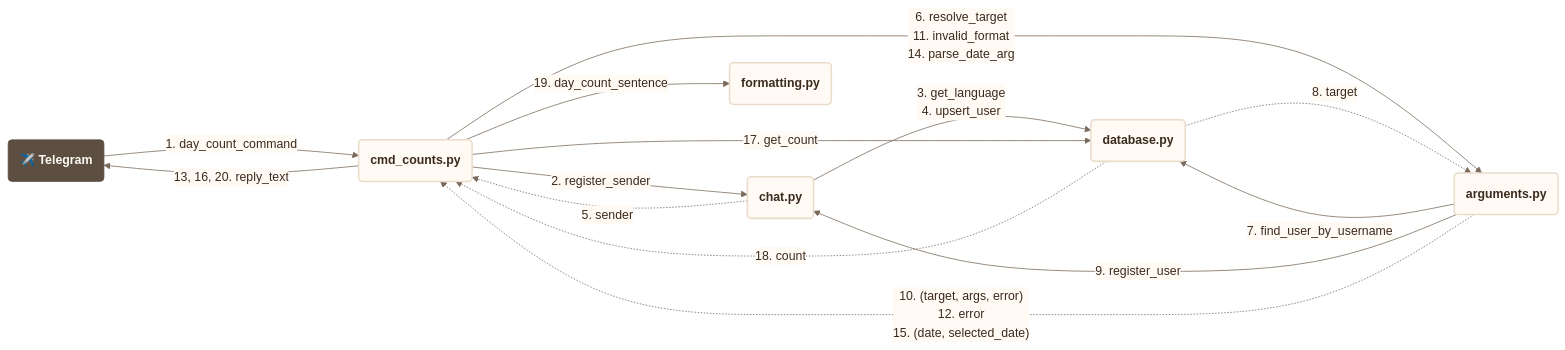
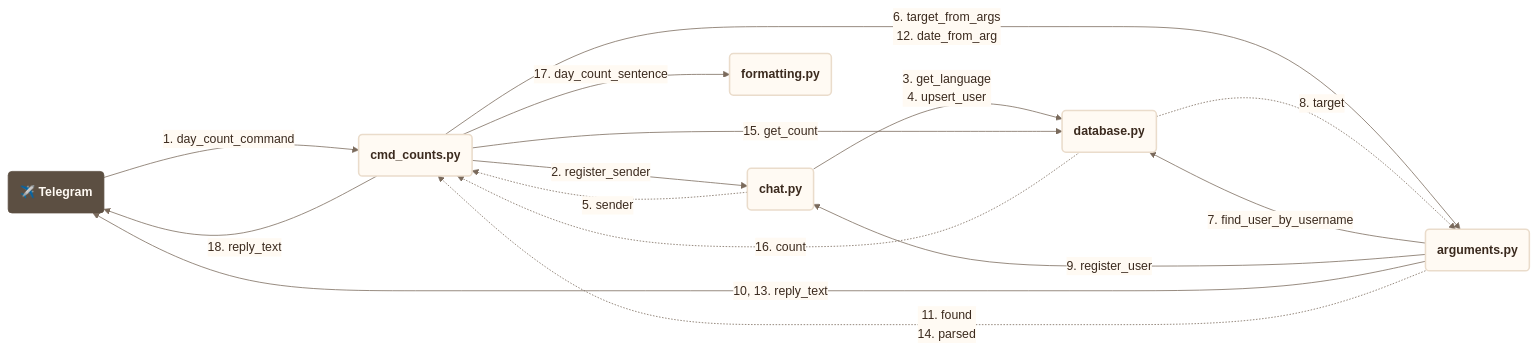
One commit to francescoperrino/Caccometro changed diagram 19 of 42 in docs/use_cases.md. Above: the diagram before and after it, drawn with Mermaid. The commit also changed other lines of this file and 9 other files, not shown here.

````diff
--- a/docs/use_cases.md
+++ b/docs/use_cases.md
@@ -1673,60 +1706,61 @@
 ```mermaid
 ---
 config:
   theme: base
   themeVariables:
     fontFamily: "Nunito, Segoe UI, Roboto, sans-serif"
     primaryColor: "#fffaf3"
     primaryTextColor: "#3b2a1e"
     primaryBorderColor: "#eadccb"
     secondaryColor: "#f7ecdc"
     tertiaryColor: "#f3e4d0"
     lineColor: "#7a6a5c"
     textColor: "#3b2a1e"
     edgeLabelBackground: "#fffaf3"
     clusterBkg: "#f3e4d0"
     clusterBorder: "#cbbca9"
     titleColor: "#5c4f42"
     noteBkgColor: "#f7ecdc"
     noteTextColor: "#3b2a1e"
     actorBkg: "#fffaf3"
     actorBorder: "#5c4f42"
     actorTextColor: "#3b2a1e"
     signalColor: "#7a6a5c"
     signalTextColor: "#3b2a1e"
     labelBoxBkgColor: "#f3e4d0"
     loopTextColor: "#3b2a1e"
     sequenceNumberColor: "#fffaf3"
     xyChart:
       plotColorPalette: "#2f4f8f"
   flowchart:
     nodeSpacing: 50
     rankSpacing: 160
 ---
 flowchart LR
     accTitle: Communication diagram, /day_count (/conto_giorno)
     accDescr: The modules involved, the functions each one calls in another and what comes back, numbered as in the sequence
     telegram("<b>✈️ Telegram</b>")
     cmd_counts("<b>cmd_counts.py</b>")
     chat("<b>chat.py</b>")
     database("<b>database.py</b>")
     arguments("<b>arguments.py</b>")
     formatting("<b>formatting.py</b>")
     telegram -->|"1.#nbsp;day_count_command"| cmd_counts
     cmd_counts -->|"2.#nbsp;register_sender"| chat
     chat -->|"3.#nbsp;get_language<br/>4.#nbsp;upsert_user"| database
     chat -.->|"5.#nbsp;sender"| cmd_counts
-    cmd_counts -->|"6.#nbsp;resolve_target<br/>11.#nbsp;invalid_format<br/>14.#nbsp;parse_date_arg"| arguments
+    cmd_counts -->|"6.#nbsp;target_from_args<br/>12.#nbsp;date_from_arg"| arguments
     arguments -->|"7.#nbsp;find_user_by_username"| database
     database -.->|"8.#nbsp;target"| arguments
     arguments -->|"9.#nbsp;register_user"| chat
-    arguments -.->|"10.#nbsp;(target, args, error)<br/>12.#nbsp;error<br/>15.#nbsp;(date, selected_date)"| cmd_counts
-    cmd_counts -->|"13, 16, 20.#nbsp;reply_text"| telegram
-    cmd_counts -->|"17.#nbsp;get_count"| database
-    database -.->|"18.#nbsp;count"| cmd_counts
-    cmd_counts -->|"19.#nbsp;day_count_sentence"| formatting
+    arguments -->|"10, 13.#nbsp;reply_text"| telegram
+    arguments -.->|"11.#nbsp;found<br/>14.#nbsp;parsed"| cmd_counts
+    cmd_counts -->|"15.#nbsp;get_count"| database
+    database -.->|"16.#nbsp;count"| cmd_counts
+    cmd_counts -->|"17.#nbsp;day_count_sentence"| formatting
+    cmd_counts -->|"18.#nbsp;reply_text"| telegram
     classDef step fill:#fffaf3,stroke:#eadccb,stroke-width:2px,color:#3b2a1e
     classDef person fill:#5c4f42,stroke:#5c4f42,color:#fffaf3
     class cmd_counts,chat,database,arguments,formatting step
     class telegram person
 ```
````
